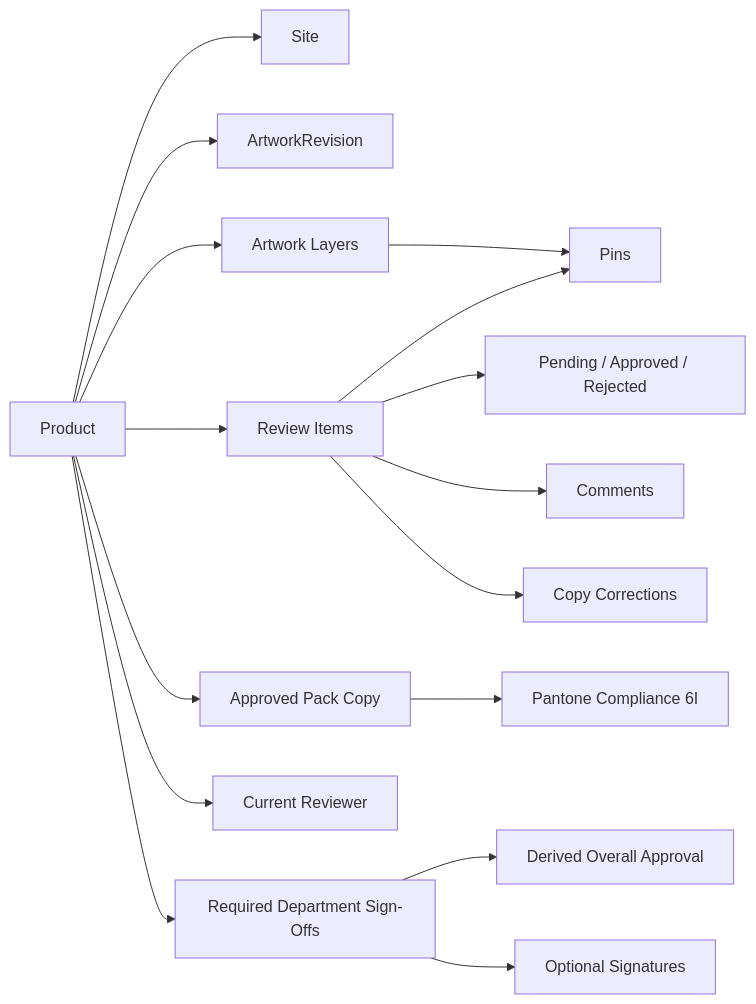
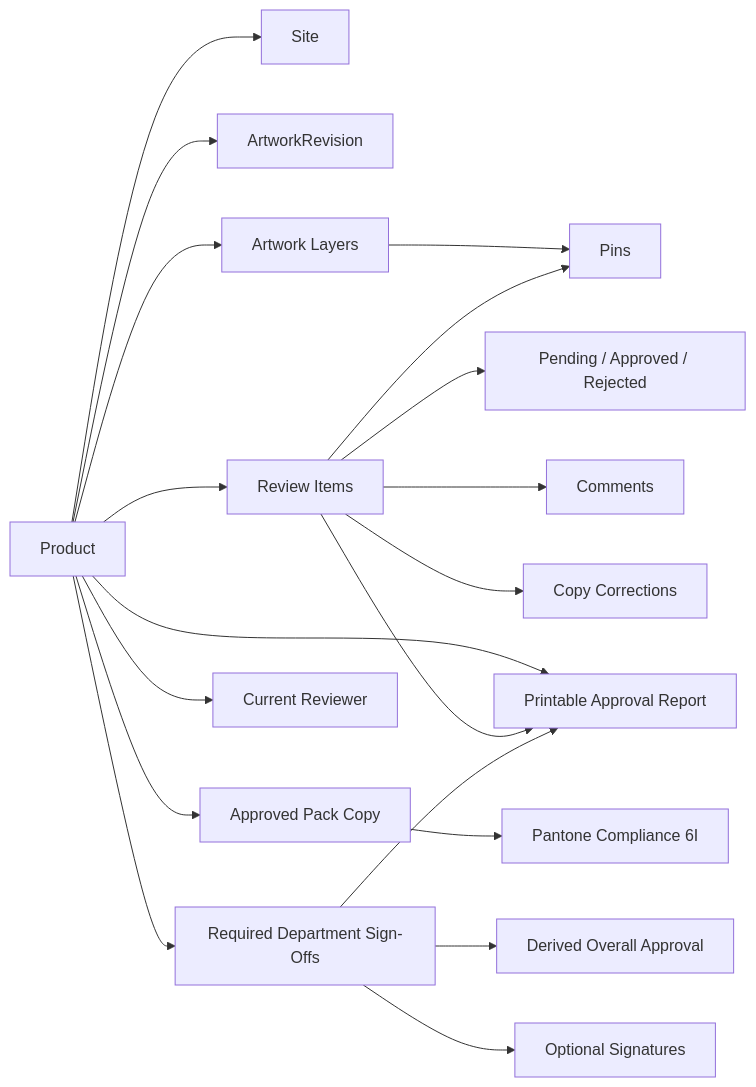
Before and after one commit to samantharissicy/artwork-checklist: the diagram in docs/domain/domain-overview.md, drawn with Mermaid. The commit also changed other lines of this file and 33 other files, not shown here.

Commit message:
feat: implement state-derived print report system and establish architectural documentation suite

````diff
--- a/docs/domain/domain-overview.md
+++ b/docs/domain/domain-overview.md
@@ -11,18 +11,21 @@
 ```mermaid
 flowchart LR
   Product --> Site
   Product --> ArtworkRevision
   Product --> Layers[Artwork Layers]
   Layers --> Pins[Pins]
   Product --> Items[Review Items]
   Items --> Status[Pending / Approved / Rejected]
   Items --> Comments[Comments]
   Items --> Corrections[Copy Corrections]
   Items --> Pins
   Product --> PackCopy[Approved Pack Copy]
   PackCopy --> Pantone[Pantone Compliance 6I]
   Product --> Reviewer[Current Reviewer]
   Product --> SignOffs[Required Department Sign-Offs]
   SignOffs --> Overall[Derived Overall Approval]
   SignOffs --> Signatures[Optional Signatures]
+  Product --> Report[Printable Approval Report]
+  Items --> Report
+  SignOffs --> Report
 ```
````
